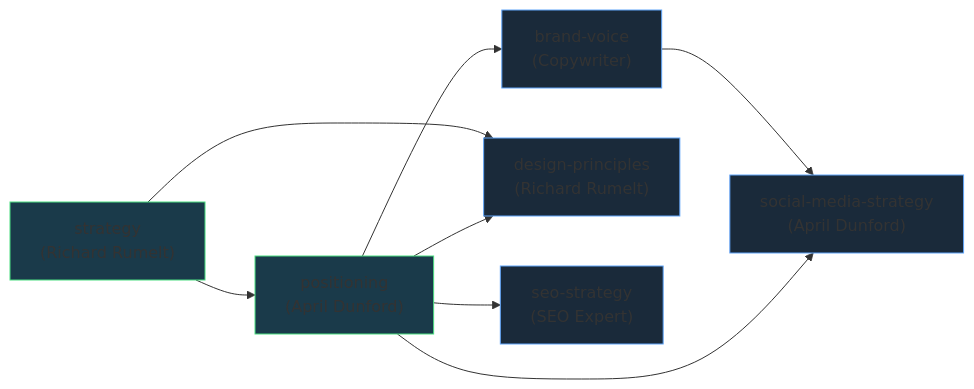
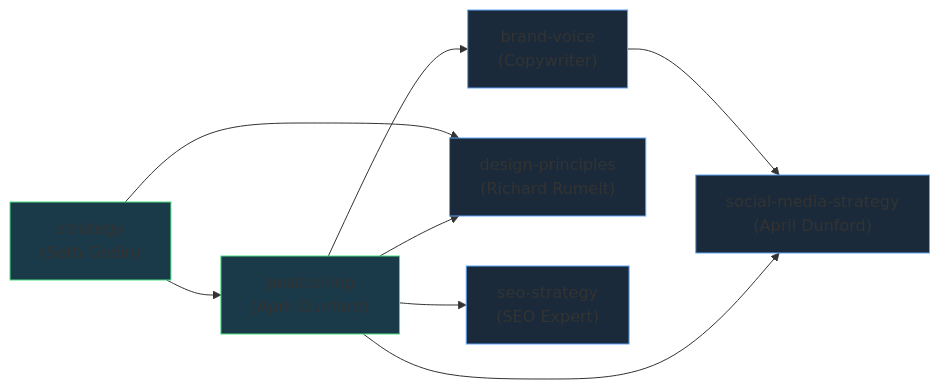
One commit to cwhogg/epch-projects changed diagram 11 of 11 in docs/architecture.md. Above: the diagram before and after it, drawn with Mermaid. The commit also changed other lines of this file, not shown here.

Commit message:
docs: update architecture for validation canvas, Seth Godin advisor, new API routes

````diff
--- a/docs/architecture.md
+++ b/docs/architecture.md
@@ -600,17 +605,17 @@
 ```mermaid
 flowchart LR
-    STRATEGY["strategy<br/>(Richard Rumelt)"] --> POSITIONING["positioning<br/>(April Dunford)"]
+    STRATEGY["strategy<br/>(Seth Godin)"] --> POSITIONING["positioning<br/>(April Dunford)"]
     POSITIONING --> VOICE["brand-voice<br/>(Copywriter)"]
     POSITIONING --> DESIGN["design-principles<br/>(Richard Rumelt)"]
     STRATEGY --> DESIGN
     POSITIONING --> SEO_STRAT["seo-strategy<br/>(SEO Expert)"]
     POSITIONING --> SOCIAL["social-media-strategy<br/>(April Dunford)"]
     VOICE --> SOCIAL
 
     style STRATEGY fill:#1a3a4a,stroke:#4ade80
     style POSITIONING fill:#1a3a4a,stroke:#4ade80
     style VOICE fill:#1a2a3a,stroke:#60a5fa
     style DESIGN fill:#1a2a3a,stroke:#60a5fa
     style SEO_STRAT fill:#1a2a3a,stroke:#60a5fa
     style SOCIAL fill:#1a2a3a,stroke:#60a5fa
 ```
````
